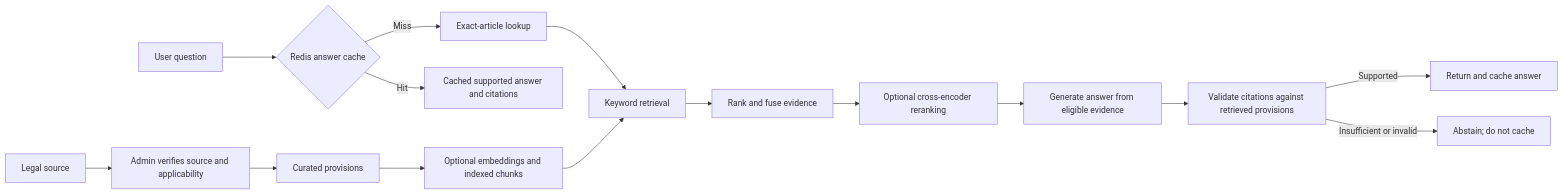
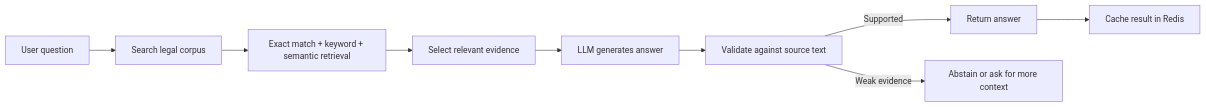
The diagram in README.md (zenebumelaku/LegalCheck), drawn with Mermaid before and after one commit. The commit also changed other lines of this file and 13 other files, not shown here.

````diff
--- a/README.md
+++ b/README.md
@@ -15,18 +36,11 @@
 ```mermaid
 flowchart LR
-  S[Legal source] --> V[Admin verifies source and applicability]
-  V --> P[Curated provisions]
-  P --> E[Optional embeddings and indexed chunks]
-
-  Q[User question] --> C{Redis answer cache}
-  C -->|Hit| A[Cached supported answer and citations]
-  C -->|Miss| X[Exact-article lookup]
-  X --> F[Keyword retrieval]
-  E --> F
-  F --> R[Rank and fuse evidence]
-  R --> T[Optional cross-encoder reranking]
-  T --> G[Generate answer from eligible evidence]
-  G --> J[Validate citations against retrieved provisions]
-  J -->|Supported| W[Return and cache answer]
-  J -->|Insufficient or invalid| N[Abstain; do not cache]
+    Q[User question] --> S[Search legal corpus]
+    S --> M[Exact match + keyword + semantic retrieval]
+    M --> E[Select relevant evidence]
+    E --> L[LLM generates answer]
+    L --> V[Validate against source text]
+    V -->|Supported| R[Return answer]
+    V -->|Weak evidence| A[Abstain or ask for more context]
+    R --> C[Cache result in Redis]
 ```
````
